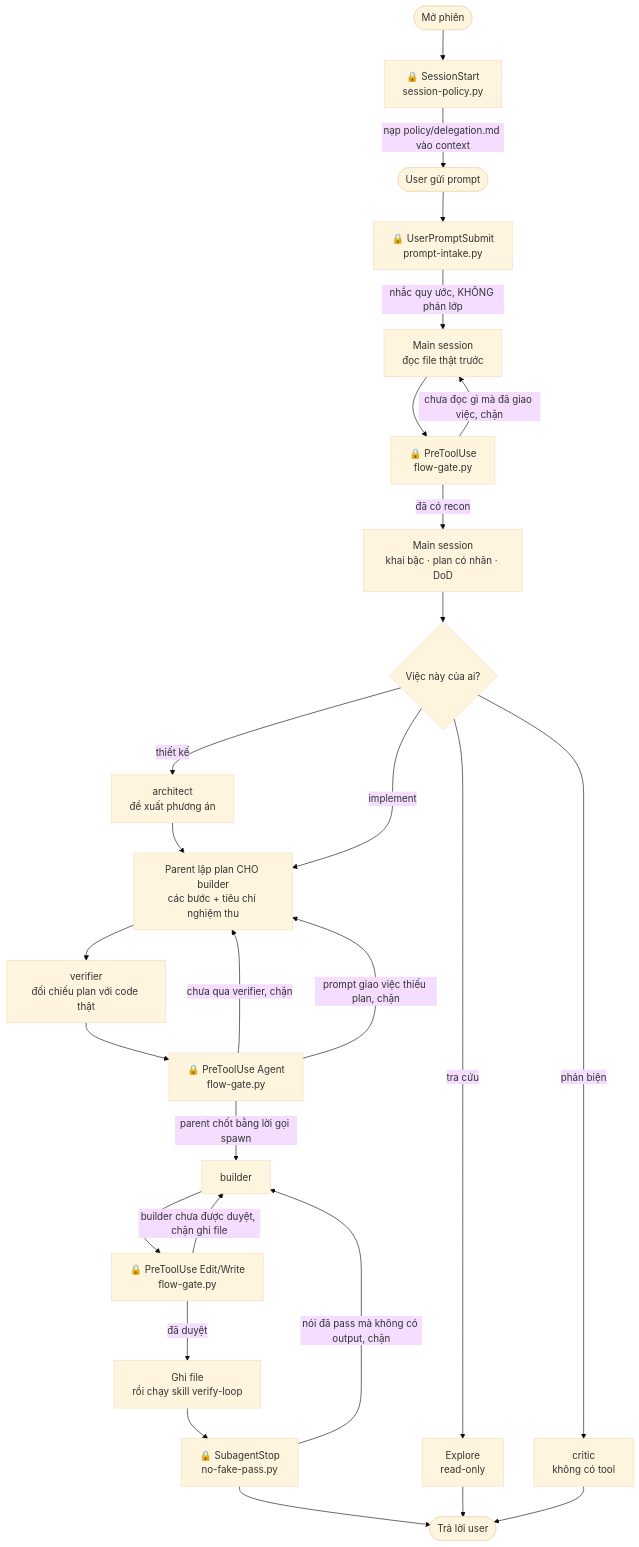
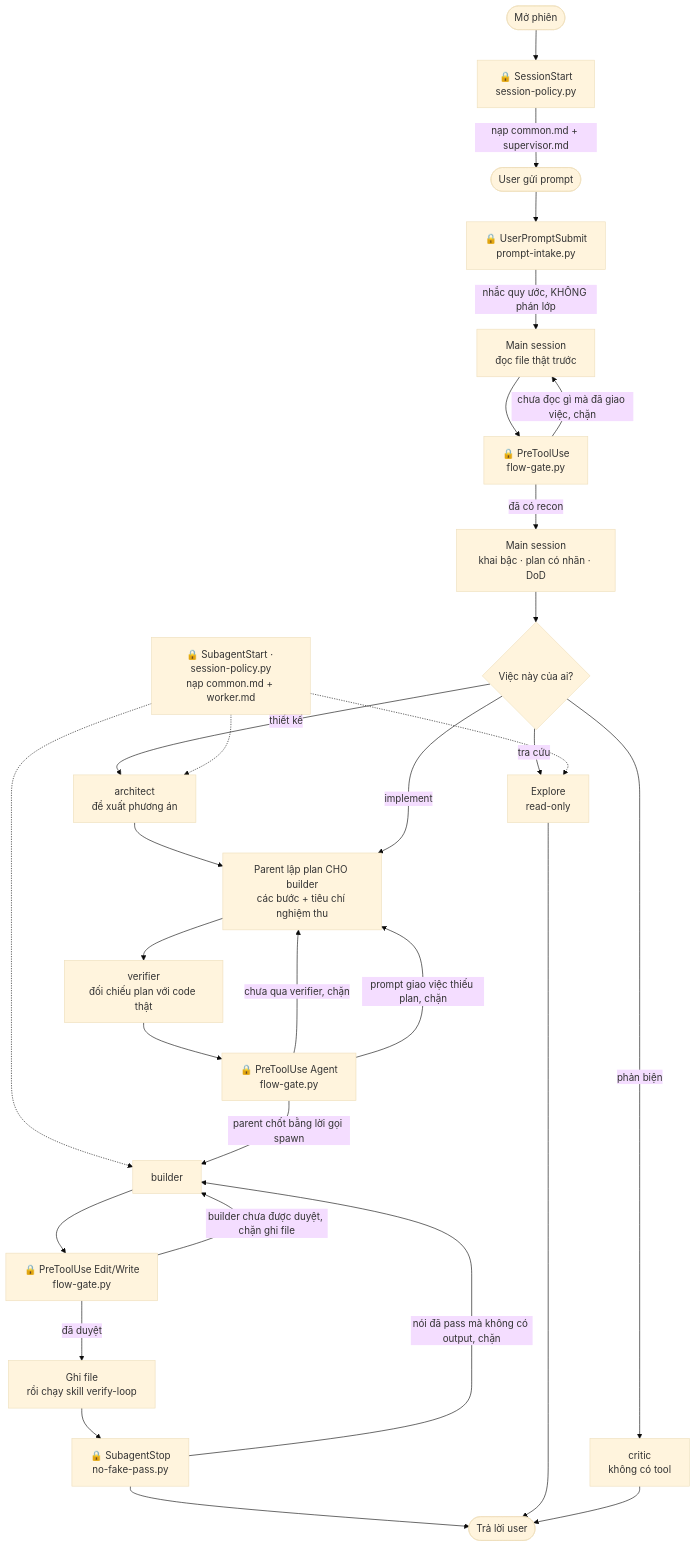
Before and after one commit to nhattamgithub1999/agent-kit: the diagram in README.md, drawn with Mermaid (base theme). The commit also changed other lines of this file and 9 other files, not shown here.

````diff
--- a/README.md
+++ b/README.md
@@ -58,31 +58,36 @@
 ```mermaid
 flowchart TD
     S([Mở phiên]) --> H1["🔒 SessionStart<br/>session-policy.py"]
-    H1 -->|"nạp policy/delegation.md vào context"| P([User gửi prompt])
+    H1 -->|"nạp common.md + supervisor.md"| P([User gửi prompt])
     P --> H2["🔒 UserPromptSubmit<br/>prompt-intake.py"]
     H2 -->|"nhắc quy ước, KHÔNG phán lớp"| RC["Main session<br/>đọc file thật trước"]
     RC --> H6["🔒 PreToolUse<br/>flow-gate.py"]
     H6 -->|"chưa đọc gì mà đã giao việc, chặn"| RC
     H6 -->|"đã có recon"| M["Main session<br/>khai bậc · plan có nhãn · DoD"]
     M --> DEL{"Việc này của ai?"}
 
     DEL -->|"tra cứu"| EX["Explore<br/>read-only"]
     DEL -->|"thiết kế"| AR["architect<br/>đề xuất phương án"]
     DEL -->|"phản biện"| CR["critic<br/>không có tool"]
+
+    H8["🔒 SubagentStart · session-policy.py<br/>nạp common.md + worker.md"]
+    H8 -.-> EX
+    H8 -.-> AR
+    H8 -.-> BU
     AR --> PL
     DEL -->|"implement"| PL["Parent lập plan CHO builder<br/>các bước + tiêu chí nghiệm thu"]
     PL --> VE["verifier<br/>đối chiếu plan với code thật"]
     VE --> H7["🔒 PreToolUse Agent<br/>flow-gate.py"]
     H7 -->|"chưa qua verifier, chặn"| PL
     H7 -->|"prompt giao việc thiếu plan, chặn"| PL
     H7 -->|"parent chốt bằng lời gọi spawn"| BU["builder"]
 
     BU --> H3["🔒 PreToolUse Edit/Write<br/>flow-gate.py"]
     H3 -->|"builder chưa được duyệt, chặn ghi file"| BU
     H3 -->|"đã duyệt"| WR["Ghi file<br/>rồi chạy skill verify-loop"]
     WR --> H4["🔒 SubagentStop<br/>no-fake-pass.py"]
     H4 -->|"nói đã pass mà không có output, chặn"| BU
     H4 --> OUT([Trả lời user])
     EX --> OUT
     CR --> OUT
 ```
````
